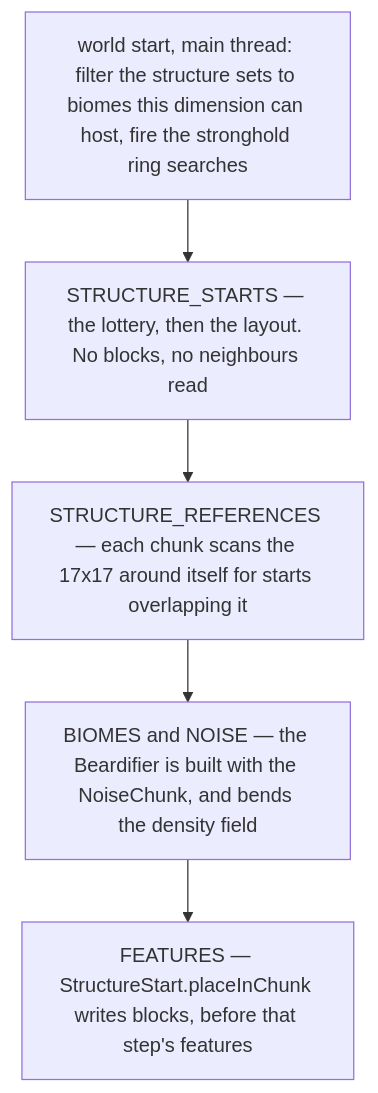
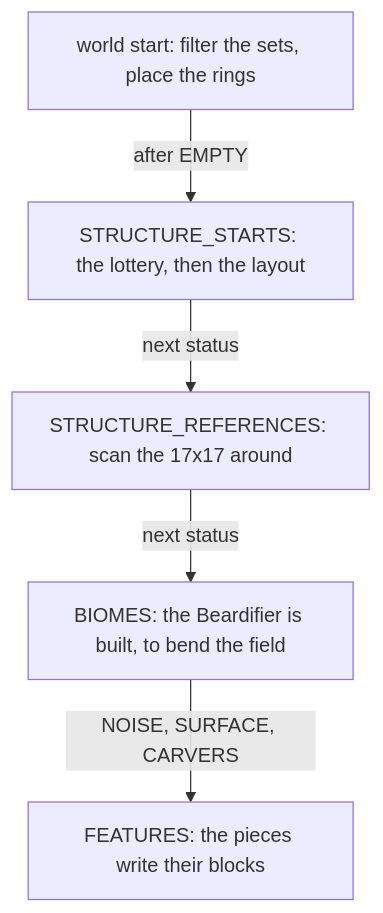
Before and after one commit to AlexanderjFraser/MinecraftDocs: the diagram in src/systems/worldgen/structure-placement.md, drawn with Mermaid. The commit also changed other lines of this file and 16 other files, not shown here.

First line of the commit message:
pass 7, session L — Part XII: a figure that contradicted its page's own hook, twice, and the caller's method at the callee in a tenth part of ten

````diff
--- a/src/systems/worldgen/structure-placement.md
+++ b/src/systems/worldgen/structure-placement.md
@@ -38,8 +38,8 @@
 ```mermaid
-flowchart TB
-    W["world start, main thread: filter the structure sets to biomes this dimension can host, fire the stronghold ring searches"]
-    W --> S1["STRUCTURE_STARTS — the lottery, then the layout. No blocks, no neighbours read"]
-    S1 --> S2["STRUCTURE_REFERENCES — each chunk scans the 17x17 around itself for starts overlapping it"]
-    S2 --> N["BIOMES and NOISE — the Beardifier is built with the NoiseChunk, and bends the density field"]
-    N --> F["FEATURES — StructureStart.placeInChunk writes blocks, before that step's features"]
+flowchart TD
+    W["world start: filter the sets, place the rings"]
+    W -->|"after EMPTY"| S1["STRUCTURE_STARTS: the lottery, then the layout"]
+    S1 -->|"next status"| S2["STRUCTURE_REFERENCES: scan the 17x17 around"]
+    S2 -->|"next status"| N["BIOMES: the Beardifier is built, to bend the field"]
+    N -->|"NOISE, SURFACE, CARVERS"| F["FEATURES: the pieces write their blocks"]
 ```
````
